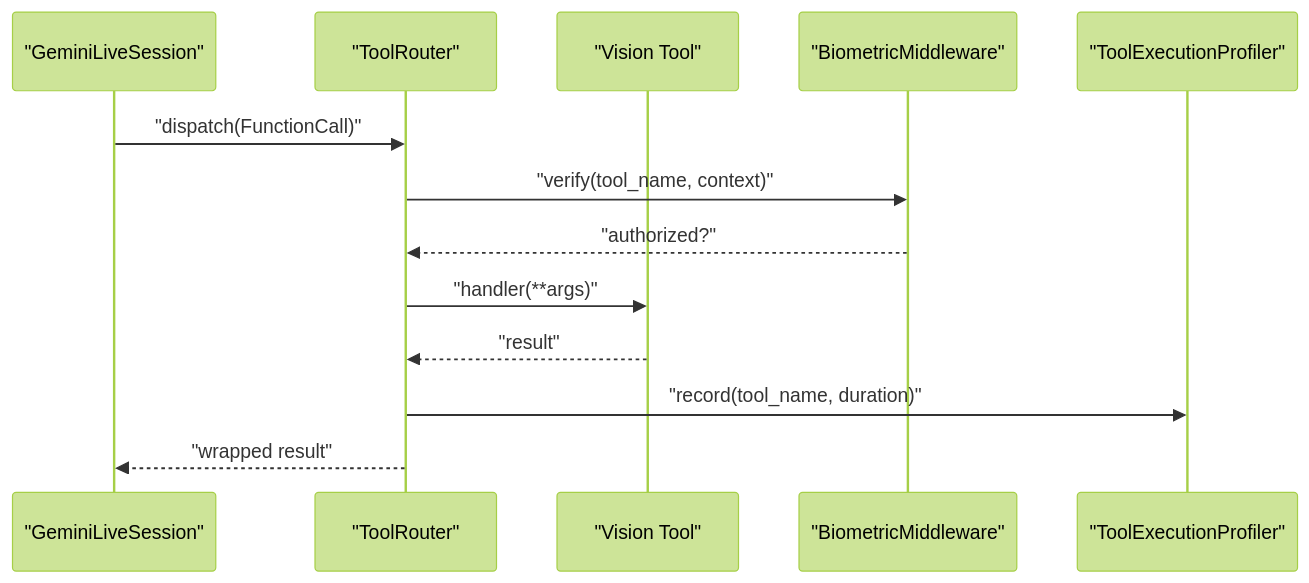
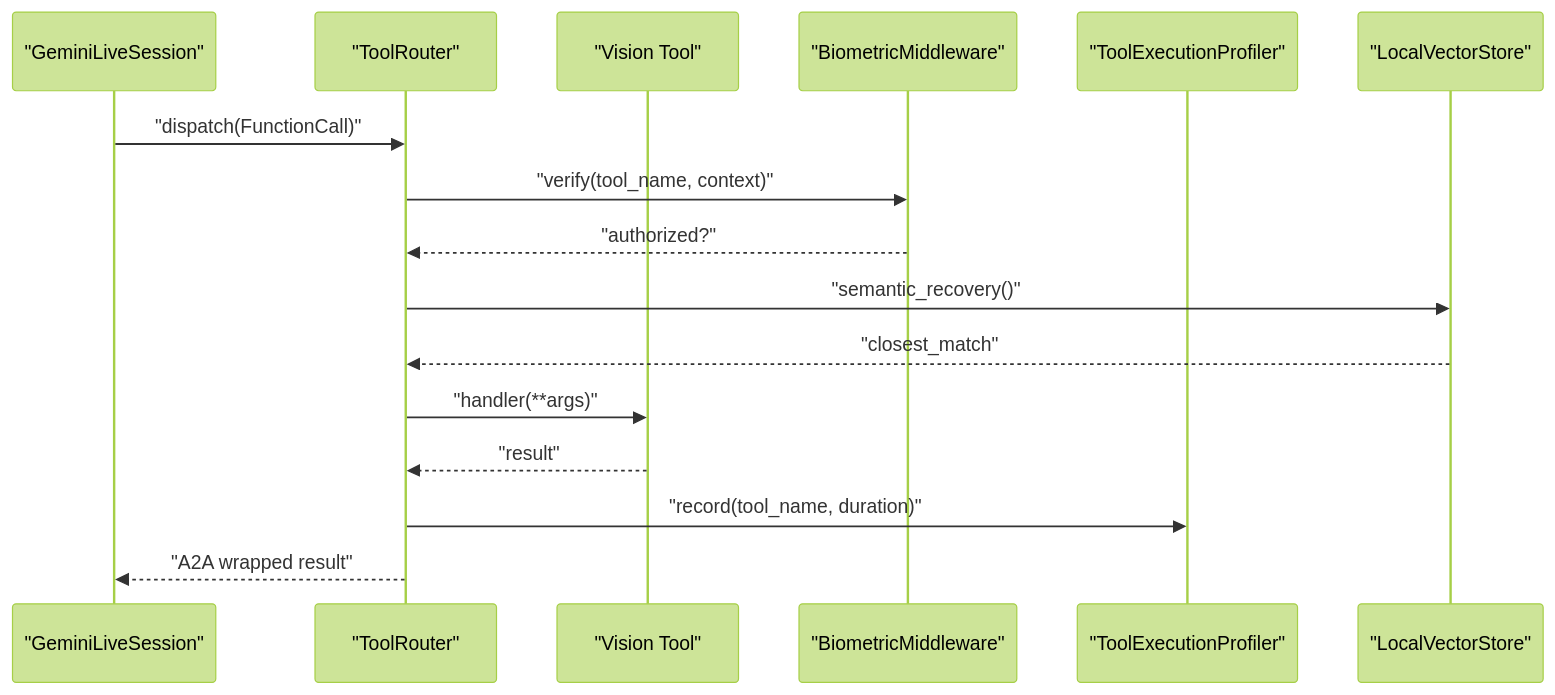
One commit to Moeabdelaziz007/Aether-Voice-OS changed the sixth of 13 diagrams in .qoder/repowiki/en/content/AI Integration Layer/AI Integration Layer.md. Above: the diagram before and after it, drawn with Mermaid (forest theme). The commit also changed other lines of this file and 29 other files, not shown here.

````diff
--- a/.qoder/repowiki/en/content/AI Integration Layer/AI Integration Layer.md
+++ b/.qoder/repowiki/en/content/AI Integration Layer/AI Integration Layer.md
@@ -269,15 +320,18 @@
 ```mermaid
 sequenceDiagram
 participant GLS as "GeminiLiveSession"
 participant TR as "ToolRouter"
 participant VT as "Vision Tool"
 participant BIOMETRIC as "BiometricMiddleware"
 participant PROF as "ToolExecutionProfiler"
+participant SEMANTIC as "LocalVectorStore"
 GLS->>TR : "dispatch(FunctionCall)"
 TR->>BIOMETRIC : "verify(tool_name, context)"
 BIOMETRIC-->>TR : "authorized?"
+TR->>SEMANTIC : "semantic_recovery()"
+SEMANTIC-->>TR : "closest_match"
 TR->>VT : "handler(**args)"
 VT-->>TR : "result"
 TR->>PROF : "record(tool_name, duration)"
-TR-->>GLS : "wrapped result"
+TR-->>GLS : "A2A wrapped result"
 ```
````
